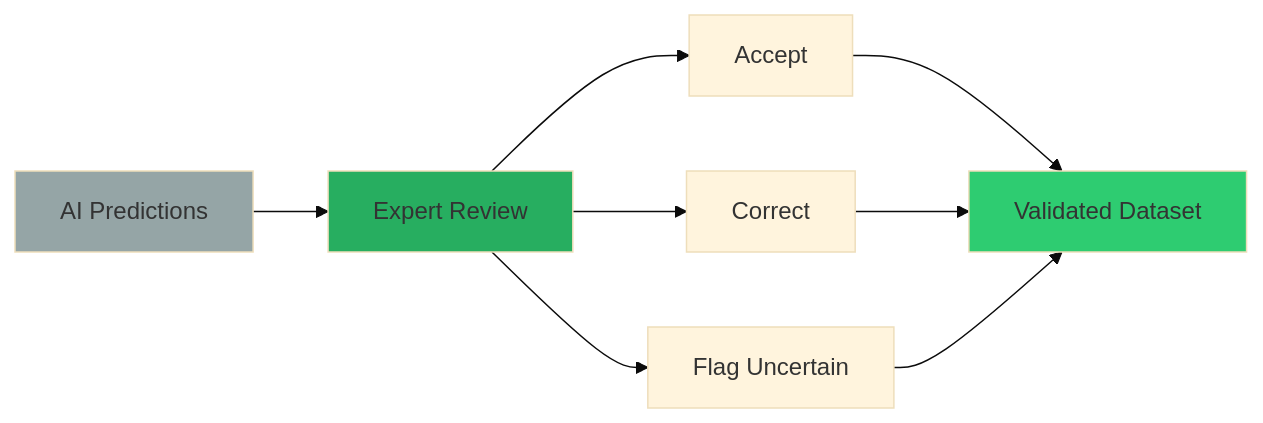
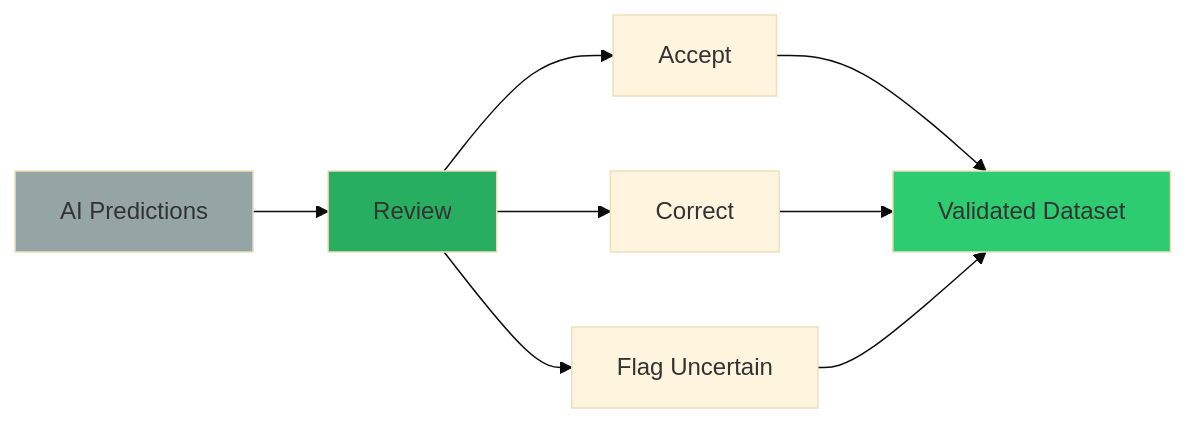
One commit to MargotBelot/HieraticAI changed the second of 5 diagrams in README.md. Above: the diagram before and after it, drawn with Mermaid (base theme). The commit also changed other lines of this file and 28 other files, not shown here.

````diff
--- a/README.md
+++ b/README.md
@@ -56,14 +55,14 @@
 ```mermaid
 graph LR
-    A[AI Predictions] --> B[Expert Review]
+    A[AI Predictions] --> B[Review]
     B --> C[Accept]
     B --> D[Correct]
     B --> E[Flag Uncertain]
     C --> F[Validated Dataset]
     D --> F
     E --> F
     
     style A fill:#95a5a6
     style B fill:#27ae60
     style F fill:#2ecc71
 ```
````
